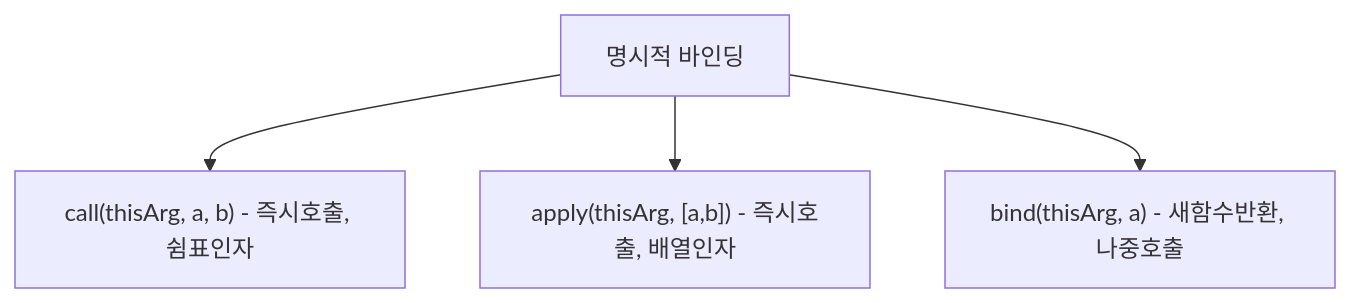
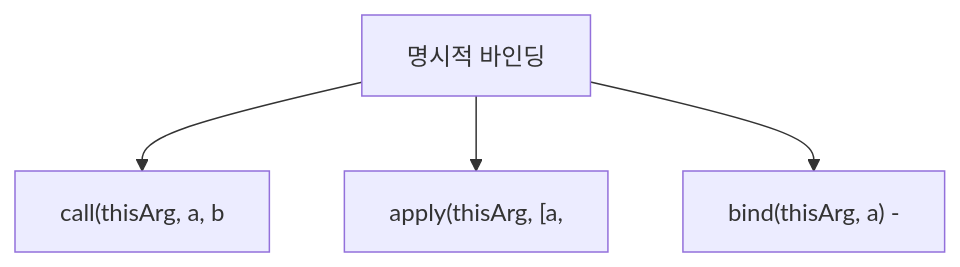
Before and after one commit to yjkim2015/yjkim2015.github.io: the third of 7 diagrams in _posts/frontend/2026-05-02-js-this-binding.md, drawn with Mermaid. The commit also changed other lines of this file and 271 other files, not shown here.

First line of the commit message:
Mermaid 라벨 축소: 긴 노드 텍스트 18자 이하로 트림 + \n 제거

````diff
--- a/_posts/frontend/2026-05-02-js-this-binding.md
+++ b/_posts/frontend/2026-05-02-js-this-binding.md
@@ -210,6 +210,6 @@
 ```mermaid
 graph TD
-    A["명시적 바인딩"] --> B["call(thisArg, a, b) - 즉시호출, 쉼표인자"]
-    A --> C["apply(thisArg, [a,b]) - 즉시호출, 배열인자"]
-    A --> D["bind(thisArg, a) - 새함수반환, 나중호출"]
+    A["명시적 바인딩"] --> B["call(thisArg, a, b"]
+    A --> C["apply(thisArg, [a,"]
+    A --> D["bind(thisArg, a) -"]
 ```
````
